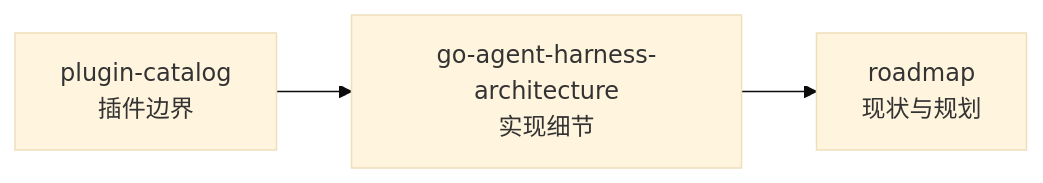
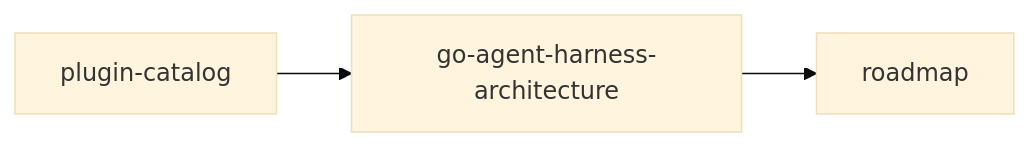
One commit to lengzhao/agentkit changed the second of 2 diagrams in README.md. Above: the diagram before and after it, drawn with Mermaid (base theme). The commit also changed other lines of this file and 6 other files, not shown here.

````diff
--- a/README.md
+++ b/README.md
@@ -131,5 +139,5 @@
 ```mermaid
 flowchart LR
-  A["plugin-catalog<br/>插件边界"] --> B["go-agent-harness-architecture<br/>实现细节"]
-  B --> C["roadmap<br/>现状与规划"]
+  A["plugin-catalog"] --> B["go-agent-harness-architecture"]
+  B --> C["roadmap"]
 ```
````
